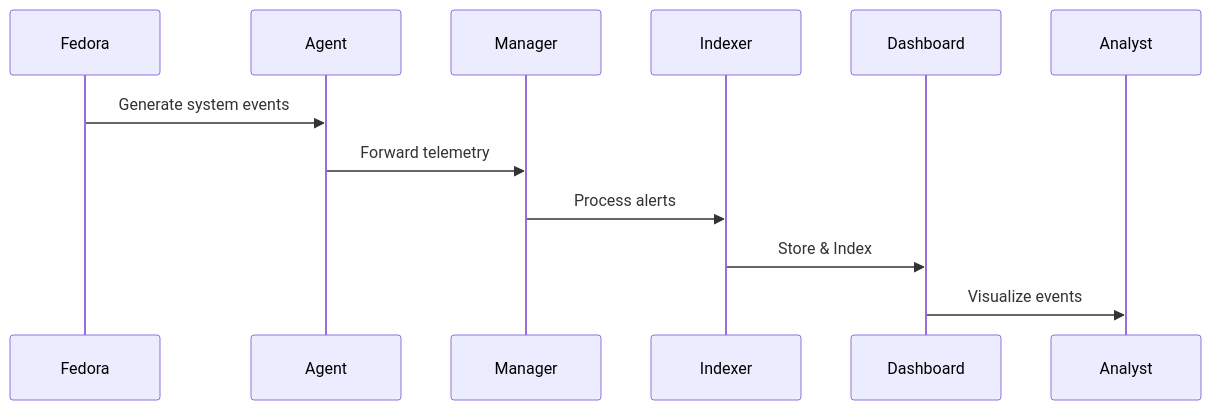
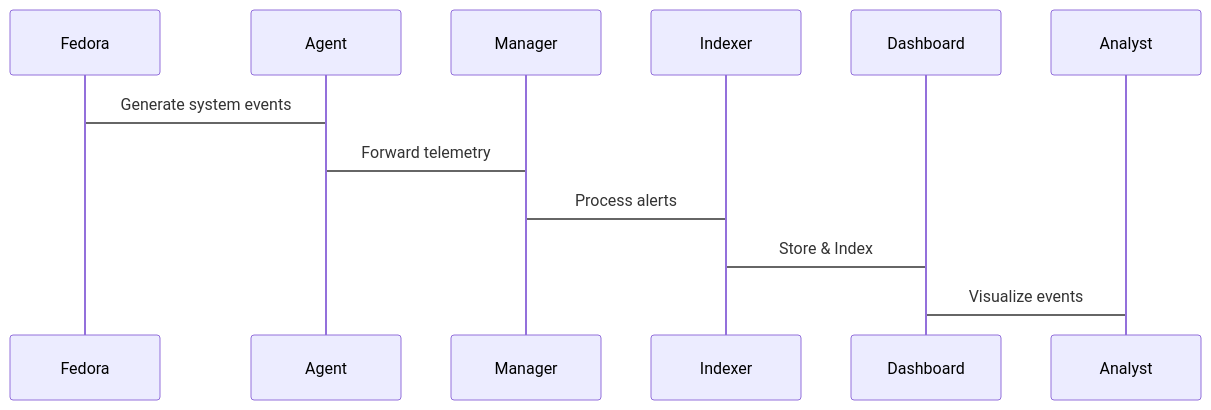
One commit to GottAuf/home-siem-lab changed the second of 2 diagrams in docs/06-agent-enrollment.md. Above: the diagram before and after it, drawn with Mermaid.

Commit message:
updated 06-agent-enrollment.md (3)

````diff
--- a/docs/06-agent-enrollment.md
+++ b/docs/06-agent-enrollment.md
@@ -194,19 +194,19 @@
 ```mermaid
 sequenceDiagram
 
 participant Fedora
 participant Agent
 participant Manager
 participant Indexer
 participant Dashboard
 
-Fedora->>Agent: Generate system events
+Fedora->Agent: Generate system events
 
-Agent->>Manager: Forward telemetry
+Agent->Manager: Forward telemetry
 
-Manager->>Indexer: Process alerts
+Manager->Indexer: Process alerts
 
-Indexer->>Dashboard: Store & Index
+Indexer->Dashboard: Store & Index
 
-Dashboard->>Analyst: Visualize events
+Dashboard->Analyst: Visualize events
 ```
````
